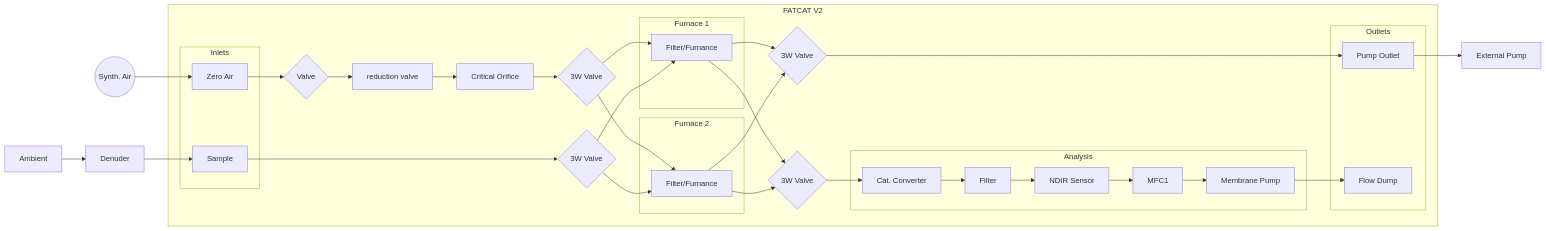
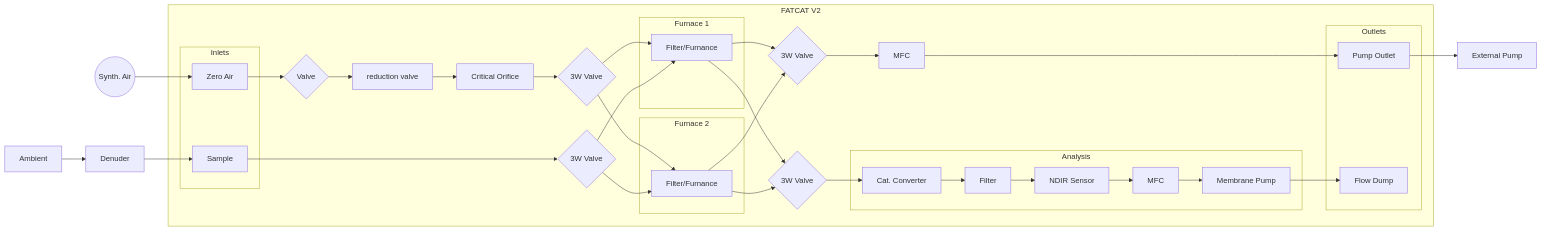
The diagram in docu/mermaid.md (alejandrokeller/FATCAT-Scripts), drawn with Mermaid before and after one commit.

````diff
--- a/docu/mermaid.md
+++ b/docu/mermaid.md
@@ -3,56 +3,57 @@
 ```mermaid
 graph LR
    subgraph FATCAT V2
          subgraph Inlets
                   Zero[Zero Air]
                   Sample
                   end
          subgraph Outlets
                   PO[Pump Outlet]
                   FD[Flow Dump]
                   end
          subgraph Furnace 1
                   F1[Filter/Furnance]
                   end
          subgraph Furnace 2
                   F2[Filter/Furnance]
                   end
          subgraph Analysis
                   Cat[Cat. Converter]
                   F3[Filter]
                   CO2[NDIR Sensor]
                   MFC1
                   IP[Membrane Pump]
                   Cat --> F3
                   F3 --> CO2
-                  CO2 --> MFC1
+                  CO2 --> MFC1[MFC]
                   MFC1 --> IP
                   end
          SV{3W Valve}
          RV[reduction valve]
          CO[Critical Orifice]
          VZ{Valve}
          ZV{3W Valve}
          Zero --> VZ
          VZ --> RV
          RV --> CO
          CO --> ZV
          Sample --> SV
          ZV --> F1
          ZV --> F2
          SV --> F1
          SV --> F2
          AV{3W Valve} --> Cat
          F1 --> AV
          F2 --> AV
          IP --> FD
          F1 --> SV2
          F2 --> SV2
          SV2{3W Valve}
-         SV2 --> PO
+         SV2 --> MFC2[MFC]
+         MFC2 --> PO
    end
 D((Synth. Air)) --> Zero
 A[Ambient] --> Denuder
 Denuder --> Sample
 PO --> Pump[External Pump]
 ```
````
